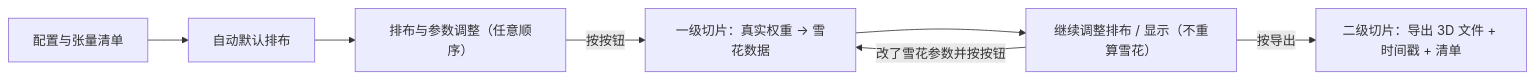
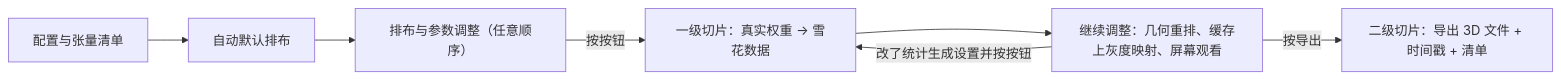
Before and after one commit to Steve14576/snowglass: the diagram in docs/editor_spec.md, drawn with Mermaid. The commit also changed other lines of this file and 289 other files, not shown here.

````diff
--- a/docs/editor_spec.md
+++ b/docs/editor_spec.md
@@ -20,9 +20,9 @@
 ```mermaid
 flowchart LR
   A["配置与张量清单"] --> B["自动默认排布"]
   B --> C["排布与参数调整（任意顺序）"]
   C -->|"按按钮"| D["一级切片：真实权重 → 雪花数据"]
-  D --> E["继续调整排布 / 显示（不重算雪花）"]
-  E -->|"改了雪花参数并按按钮"| D
+  D --> E["继续调整：几何重排、缓存上灰度映射、屏幕观看"]
+  E -->|"改了统计生成设置并按按钮"| D
   E -->|"按导出"| F["二级切片：导出 3D 文件 + 时间戳 + 清单"]
 ```
````
